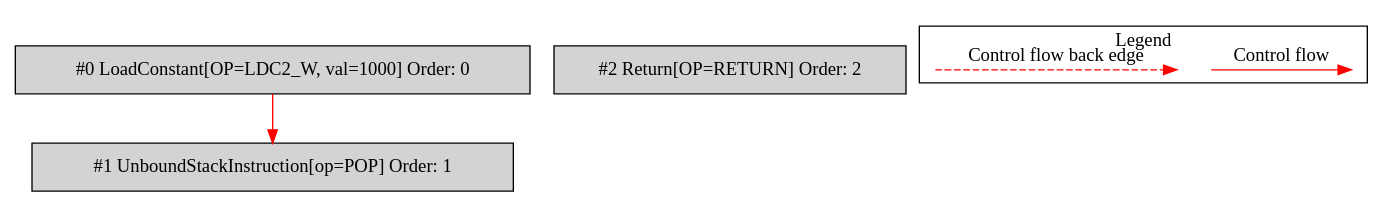
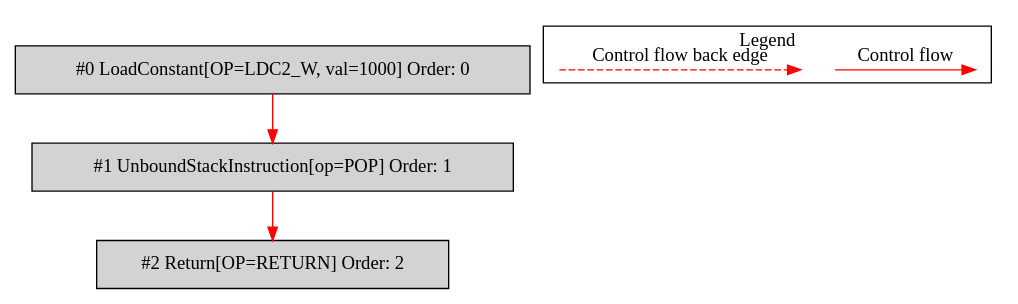
The diagram in de.mirkosertic.metair.ir.OpcodeLDCTest/test_LDC_long/bytecodecfg.dot (mirkosertic/MetaIR), drawn with Graphviz before and after one commit. The commit also changed 649 other files, not shown here.

```diff
--- a/de.mirkosertic.metair.ir.OpcodeLDCTest/test_LDC_long/bytecodecfg.dot
+++ b/de.mirkosertic.metair.ir.OpcodeLDCTest/test_LDC_long/bytecodecfg.dot
@@ -1,20 +1,21 @@
 digraph {
  node0[label="#0 LoadConstant[OP=LDC2_W, val=1000] Order: 0", shape=box, fillcolor=lightgrey, style=filled];
  node1[label="#1 UnboundStackInstruction[op=POP] Order: 1", shape=box, fillcolor=lightgrey, style=filled];
  node2[label="#2 Return[OP=RETURN] Order: 2", shape=box, fillcolor=lightgrey, style=filled];
  node0 -> node1[color=red];
+ node1 -> node2[color=red];
  subgraph cluster_000 {
   label = "Legend";
   node [shape=point]
   {
    rank=same;
    c0 [style = invis];
    c1 [style = invis];
    c2 [style = invis];
    c3 [style = invis];
   }
   c0 -> c1 [label="Control flow", style=solid, color=red]
   c2 -> c3 [label="Control flow back edge", style=dashed, color=red]
  }
 
 }
```
